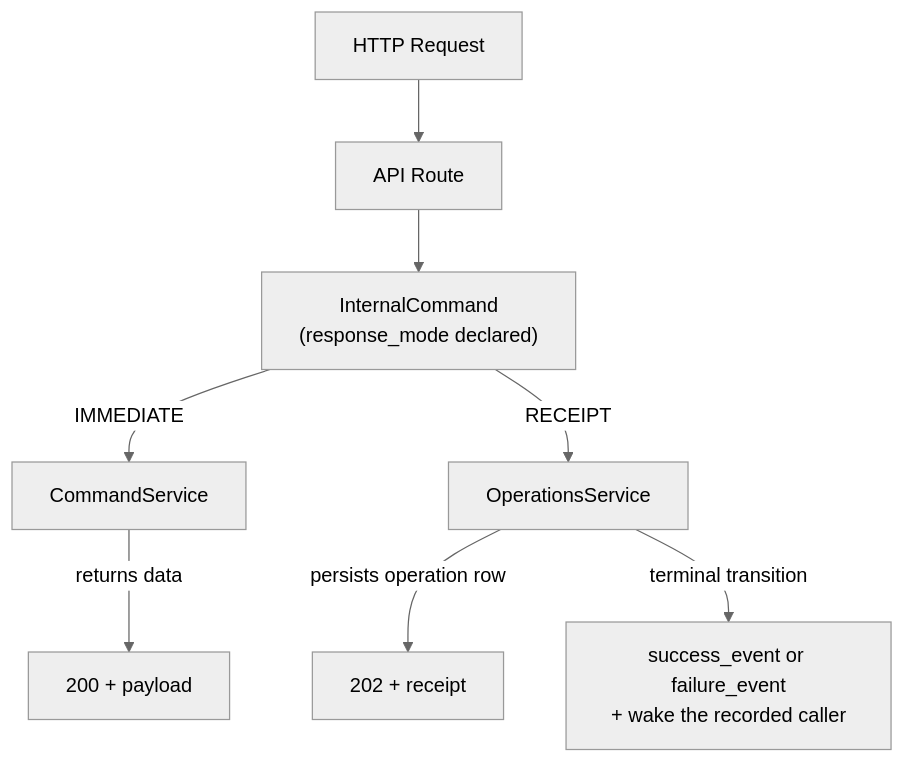
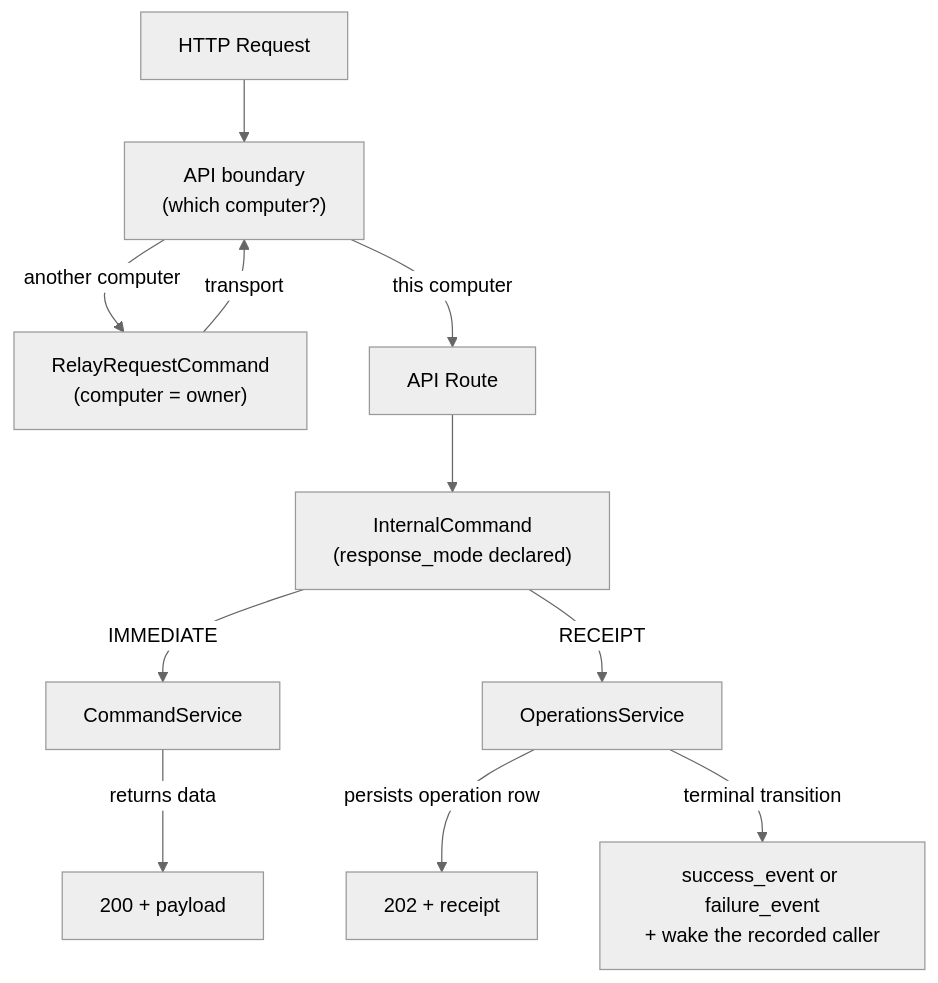
One commit to InstruktAI/TeleClaude changed the first of 4 diagrams in docs/local/design/architecture/command-classification.md. Above: the diagram before and after it, drawn with Mermaid (neutral theme). The commit also changed other lines of this file and 9 other files, not shown here.

First line of the commit message:
chore(docs): reconcile lifecycle markers for relay-computer-addressed-requests

````diff
--- a/docs/local/design/architecture/command-classification.md
+++ b/docs/local/design/architecture/command-classification.md
@@ -19,17 +27,22 @@
 ```mermaid
 flowchart TD
     Request["HTTP Request"]
+    Boundary["API boundary<br/>(which computer?)"]
+    Relay["RelayRequestCommand<br/>(computer = owner)"]
     Router["API Route"]
     Command["InternalCommand<br/>(response_mode declared)"]
     Service["CommandService"]
     Operations["OperationsService"]
 
-    Request --> Router
+    Request --> Boundary
+    Boundary -->|another computer| Relay
+    Relay -->|transport| Boundary
+    Boundary -->|this computer| Router
     Router --> Command
     Command -->|IMMEDIATE| Service
     Command -->|RECEIPT| Operations
 
     Service -->|returns data| ImmediateResp["200 + payload"]
     Operations -->|persists operation row| ReceiptResp["202 + receipt"]
     Operations -->|terminal transition| Outcome["success_event or failure_event<br/>+ wake the recorded caller"]
 ```
````
